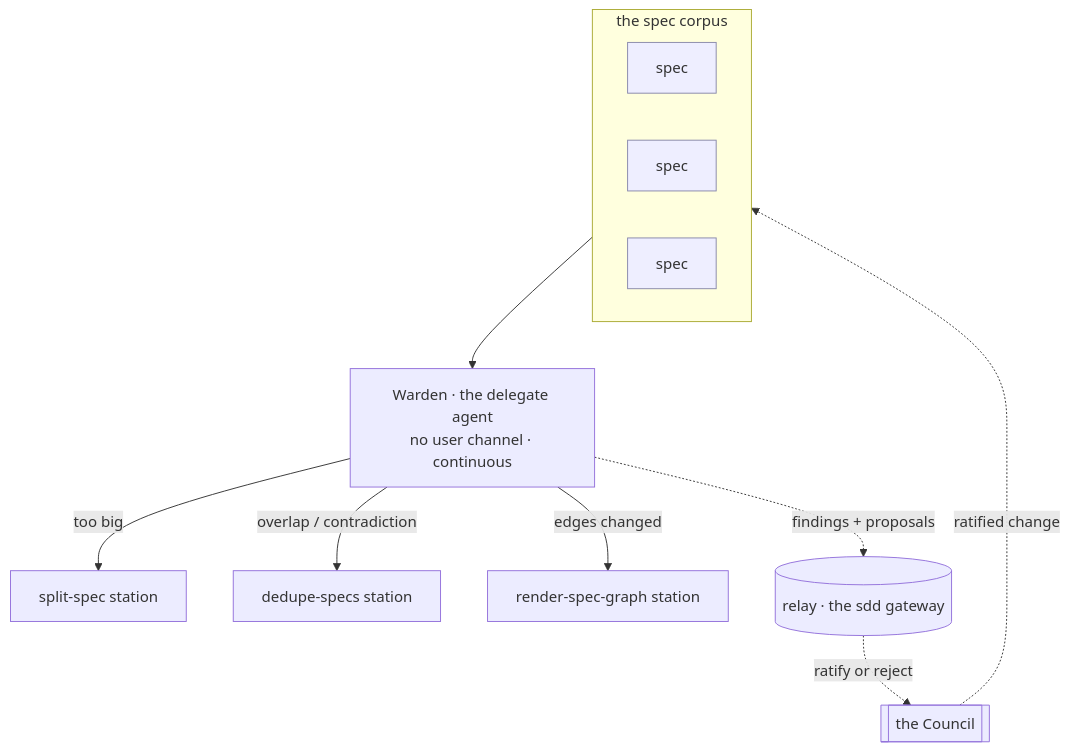
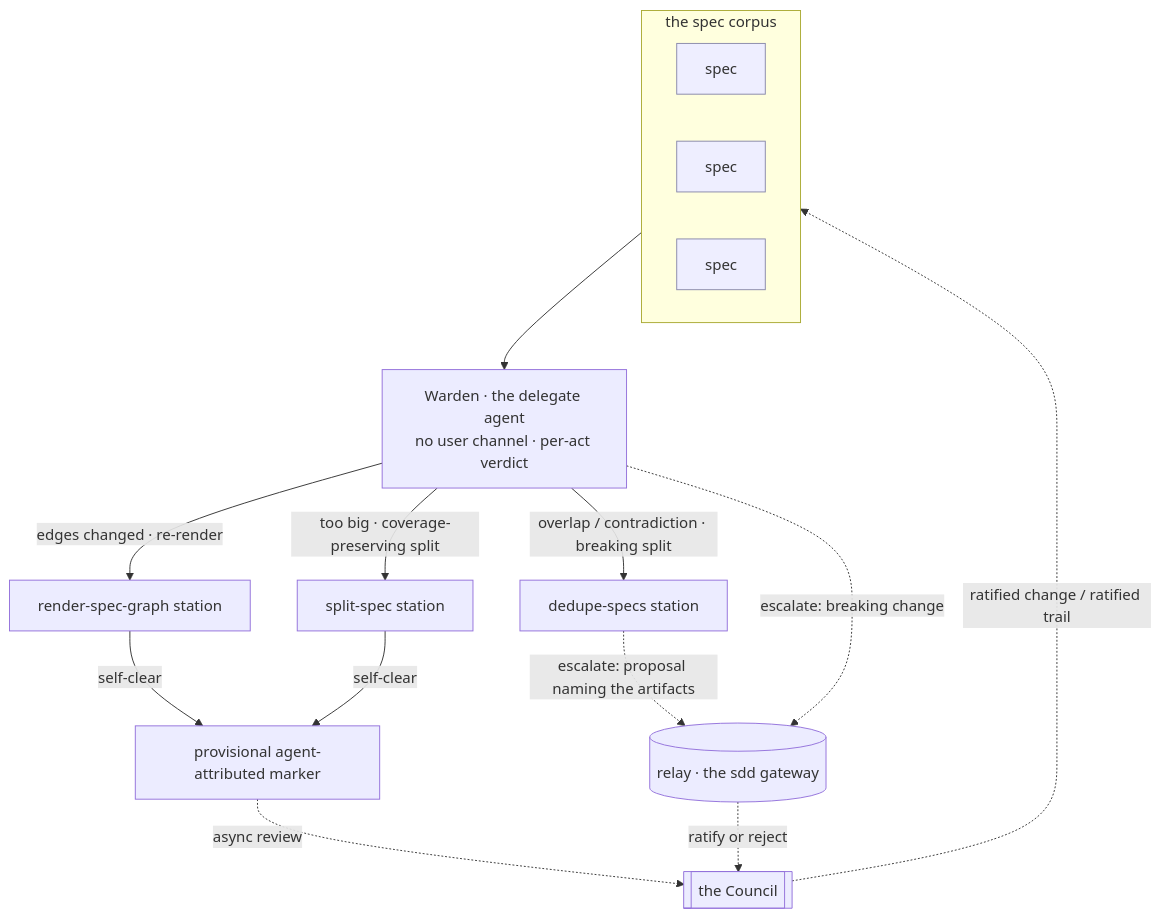
One commit to cyberuni/cyberplace changed the diagram in artifacts/specs/sdd-warden/spec.md. Above: the diagram before and after it, drawn with Mermaid. The commit also changed other lines of this file, not shown here.

First line of the commit message:
feat(sdd): approve sdd-warden at the spec gate (draft → approved)

````diff
--- a/artifacts/specs/sdd-warden/spec.md
+++ b/artifacts/specs/sdd-warden/spec.md
@@ -43,16 +64,20 @@
 ```mermaid
 flowchart TB
   subgraph corpus[the spec corpus]
     a[spec]:::s
     b[spec]:::s
     c[spec]:::s
   end
-  corpus --> warden[Warden · the delegate agent<br/>no user channel · continuous]
-  warden -->|too big| split[split-spec station]
-  warden -->|overlap / contradiction| dedupe[dedupe-specs station]
-  warden -->|edges changed| render[render-spec-graph station]
-  warden -.->|findings + proposals| relay[(relay · the sdd gateway)]
-  relay -.->|ratify or reject| council[[the Council]]
-  council -.->|ratified change| corpus
+  corpus --> warden[Warden · the delegate agent<br/>no user channel · per-act verdict]
+  warden -->|edges changed · re-render| render[render-spec-graph station]
+  warden -->|too big · coverage-preserving split| split[split-spec station]
+  render -->|self-clear| marker[provisional agent-attributed marker]
+  split -->|self-clear| marker
+  warden -->|overlap / contradiction · breaking split| dedupe[dedupe-specs station]
+  dedupe -.->|escalate: proposal naming the artifacts| relay[(relay · the sdd gateway)]
+  warden -.->|escalate: breaking change| relay
+  marker -.->|async review| council[[the Council]]
+  relay -.->|ratify or reject| council
+  council -.->|ratified change / ratified trail| corpus
   classDef s fill:#eef,stroke:#88a;
 ```
````
